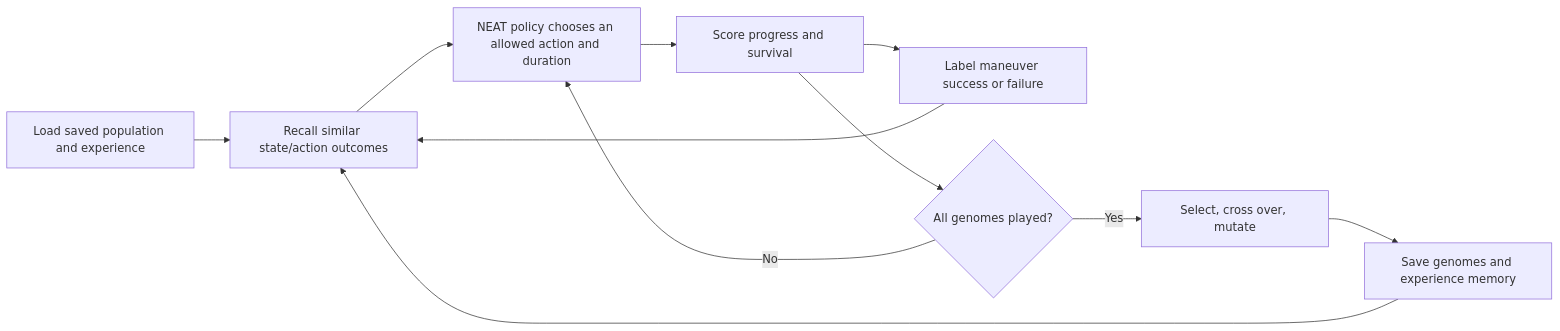
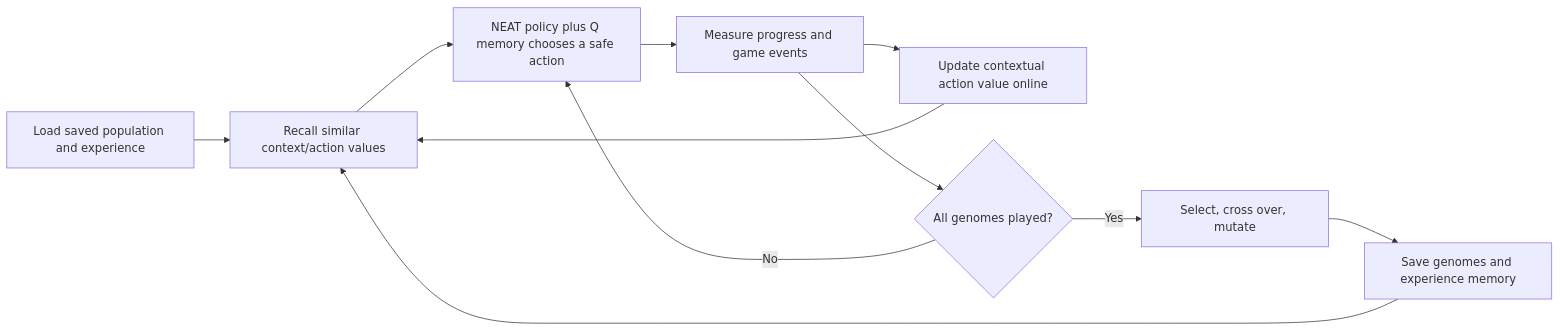
Before and after one commit to heaven-hm/mario-ai-neat: the first of 5 diagrams in README.md, drawn with Mermaid. The commit also changed other lines of this file and 5 other files, not shown here.

Commit message:
Add contextual Q-learning hybrid memory

````diff
--- a/README.md
+++ b/README.md
@@ -74,13 +76,13 @@
 ```mermaid
 flowchart LR
-    Load["Load saved population and experience"] --> Recall["Recall similar state/action outcomes"]
-    Recall --> Play["NEAT policy chooses an allowed action and duration"]
-    Play --> Score["Score progress and survival"]
-    Score --> Memory["Label maneuver success or failure"]
+    Load["Load saved population and experience"] --> Recall["Recall similar context/action values"]
+    Recall --> Play["NEAT policy plus Q memory chooses a safe action"]
+    Play --> Score["Measure progress and game events"]
+    Score --> Memory["Update contextual action value online"]
     Memory --> Recall
     Score --> All{"All genomes played?"}
     All -->|"No"| Play
     All -->|"Yes"| Evolve["Select, cross over, mutate"]
     Evolve --> Save["Save genomes and experience memory"]
     Save --> Recall
 ```
````
